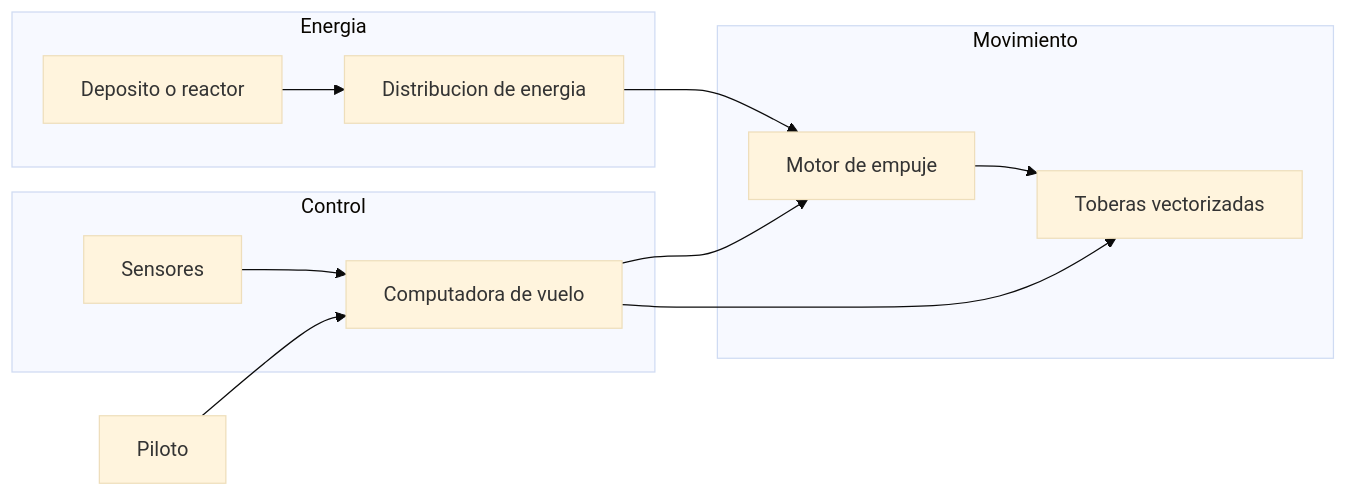
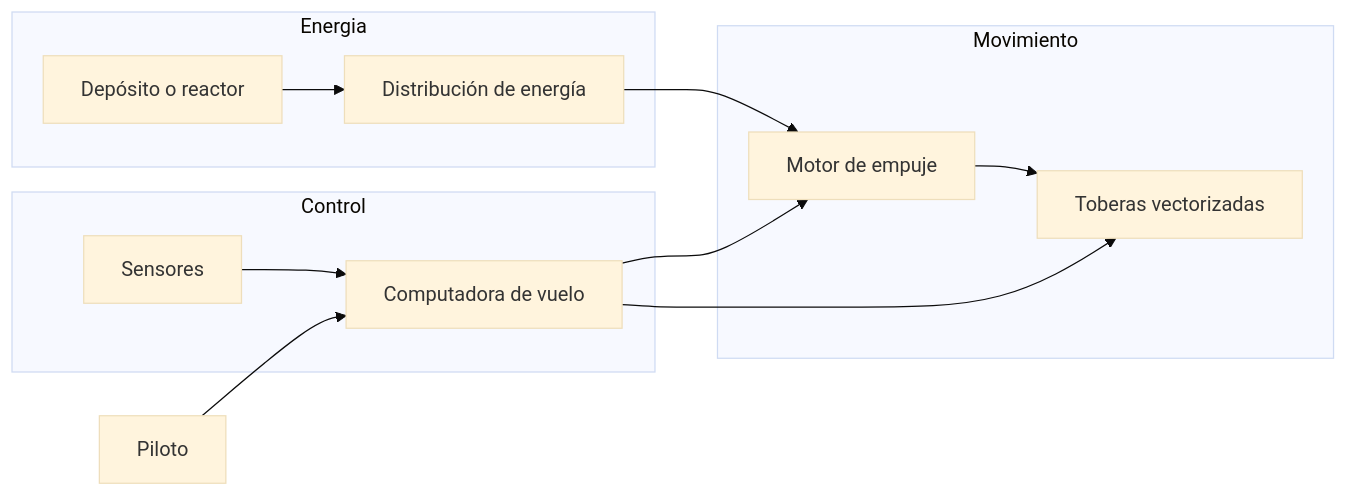
The first of 3 diagrams in vehiculos-fantasticos/thunderbird-1/operacion/sistemas-mecanicos-thunderbird-1.md (vladimiracunadev-create/machine-operator-program), drawn with Mermaid (base theme) before and after one commit. The commit also changed other lines of this file and 442 other files, not shown here.

````diff
--- a/vehiculos-fantasticos/thunderbird-1/operacion/sistemas-mecanicos-thunderbird-1.md
+++ b/vehiculos-fantasticos/thunderbird-1/operacion/sistemas-mecanicos-thunderbird-1.md
@@ -12,16 +12,16 @@
 ```mermaid
 flowchart LR
     subgraph Energia
-        R[Deposito o reactor] --> Dist[Distribucion de energia]
+        R[Depósito o reactor] --> Dist[Distribución de energía]
     end
     subgraph Movimiento
         Dist --> Motor[Motor de empuje]
         Motor --> Toberas[Toberas vectorizadas]
     end
     subgraph Control
         Sen[Sensores] --> Comp[Computadora de vuelo]
         Comp --> Motor
         Comp --> Toberas
     end
     Piloto[Piloto] --> Comp
 ```
````
